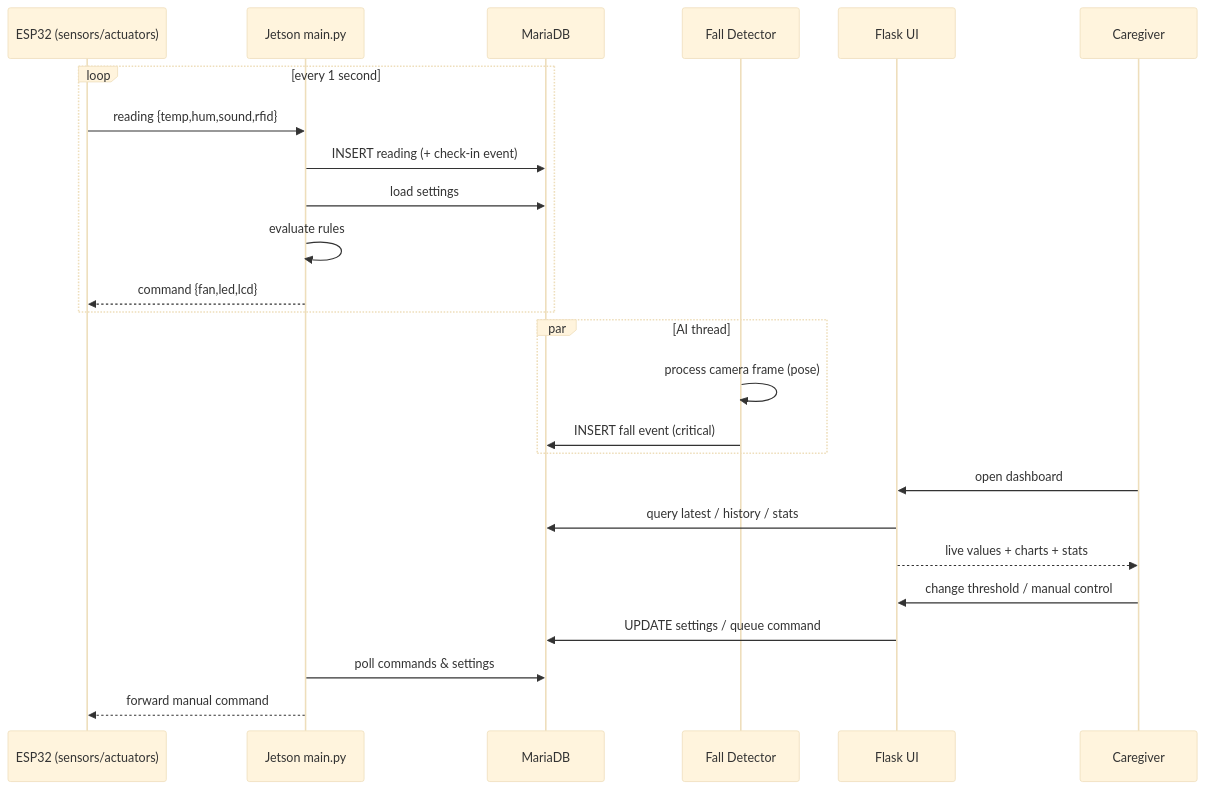
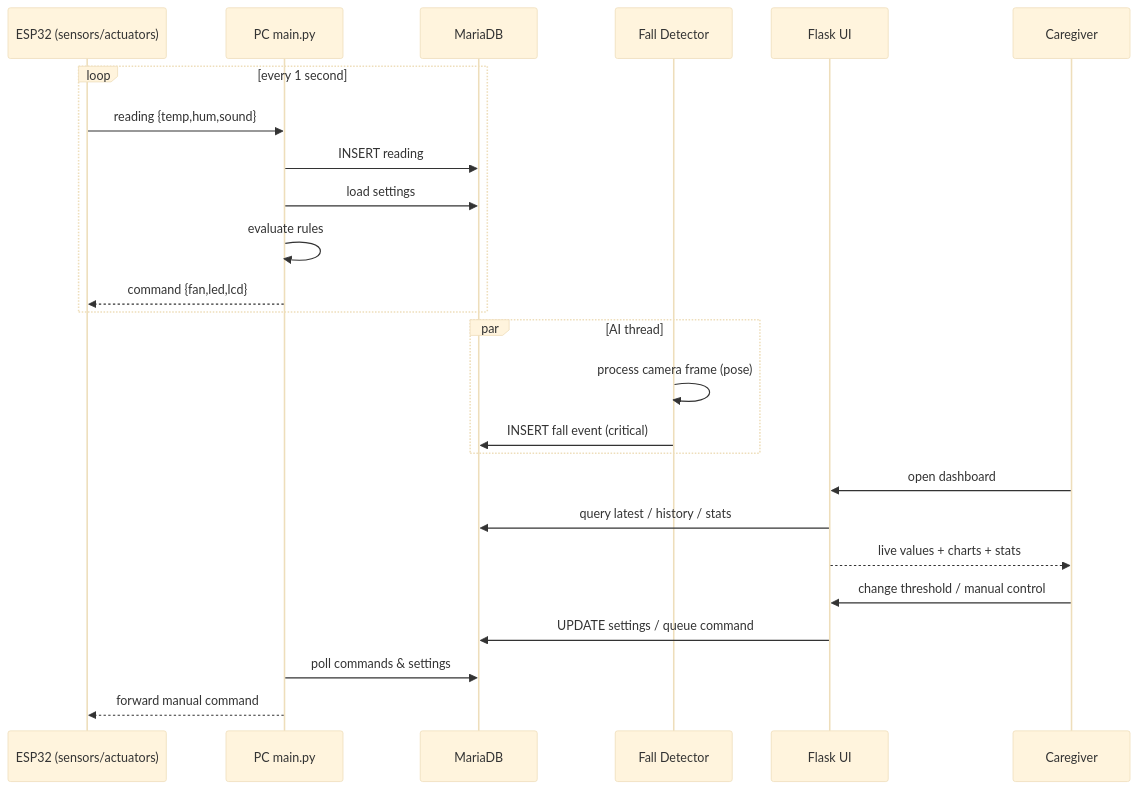
One commit to Protein-17012006/IOT-HealthStation changed the fourth of 7 diagrams in docs/diagrams.md. Above: the diagram before and after it, drawn with Mermaid (base theme). The commit also changed other lines of this file and 14 other files, not shown here.

First line of the commit message:
Remove dropped RC522/RFID feature; rename edge device Jetson Nano -> PC (Windows+WSL)

````diff
--- a/docs/diagrams.md
+++ b/docs/diagrams.md
@@ -137,30 +128,30 @@
 ```mermaid
 sequenceDiagram
   participant ESP as ESP32 (sensors/actuators)
-  participant Edge as Jetson main.py
+  participant Edge as PC main.py
   participant DB as MariaDB
   participant AI as Fall Detector
   participant Web as Flask UI
   participant User as Caregiver
 
   loop every 1 second
-    ESP->>Edge: reading {temp,hum,sound,rfid}
-    Edge->>DB: INSERT reading (+ check-in event)
+    ESP->>Edge: reading {temp,hum,sound}
+    Edge->>DB: INSERT reading
     Edge->>DB: load settings
     Edge->>Edge: evaluate rules
     Edge-->>ESP: command {fan,led,lcd}
   end
 
   par AI thread
     AI->>AI: process camera frame (pose)
     AI->>DB: INSERT fall event (critical)
   end
 
   User->>Web: open dashboard
   Web->>DB: query latest / history / stats
   Web-->>User: live values + charts + stats
   User->>Web: change threshold / manual control
   Web->>DB: UPDATE settings / queue command
   Edge->>DB: poll commands & settings
   Edge-->>ESP: forward manual command
 ```
````
